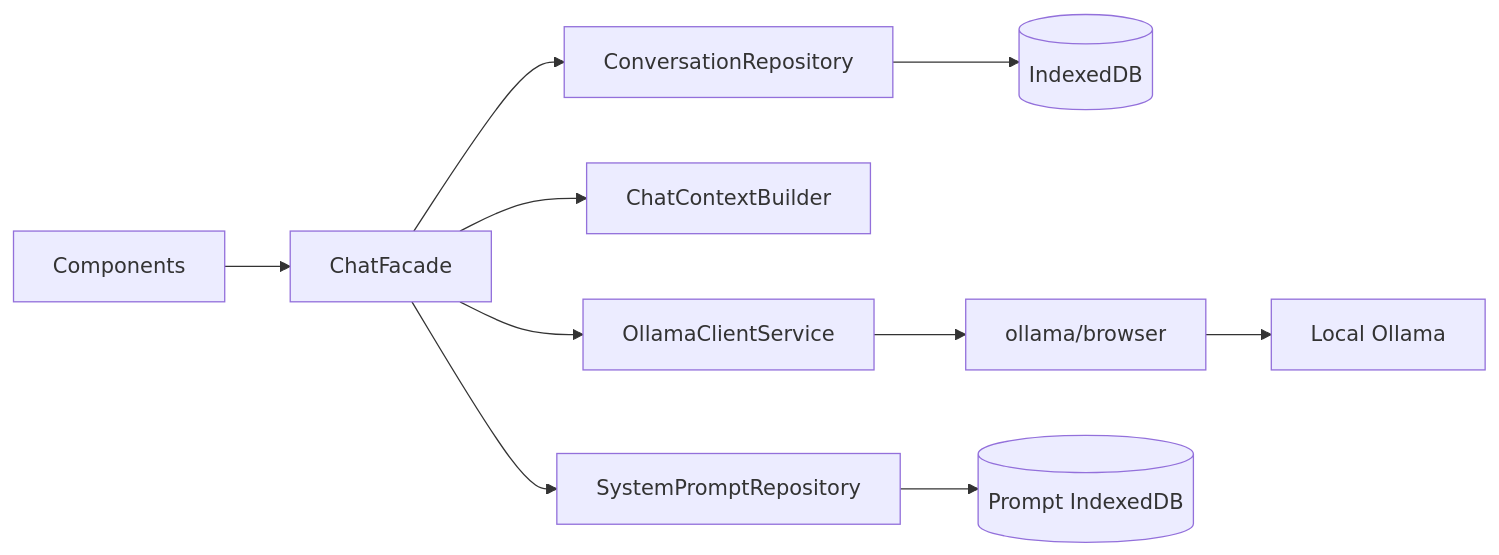
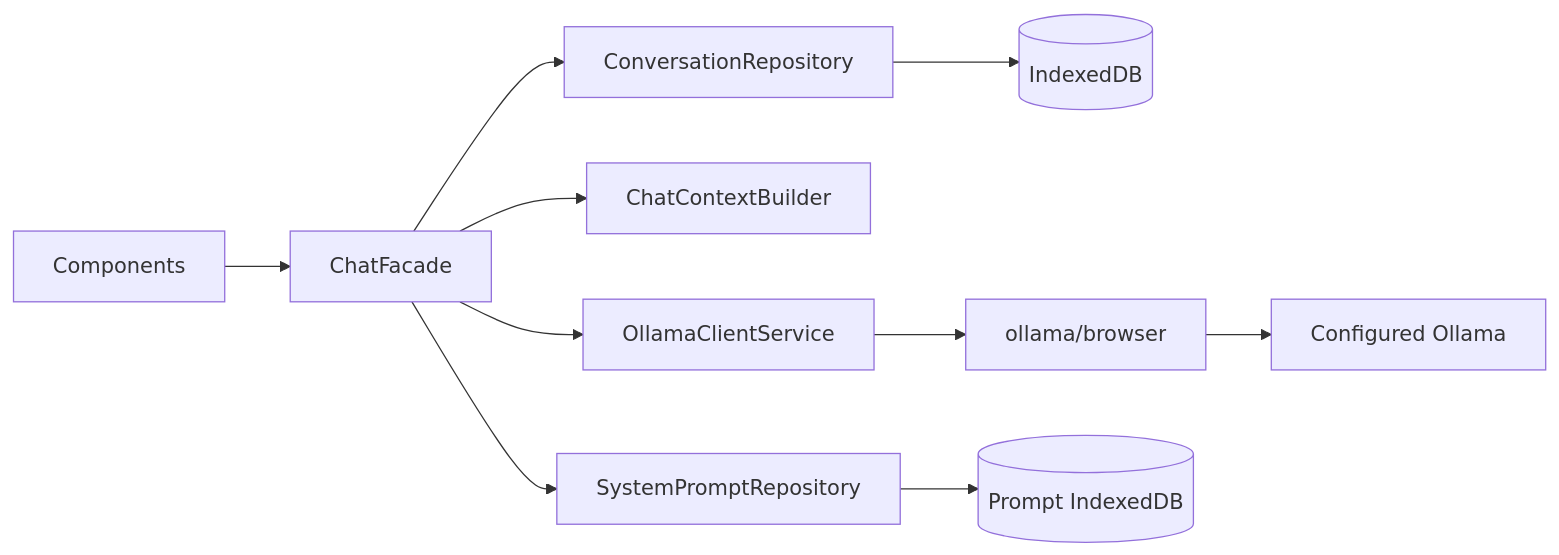
One commit to kereszteszsolt/local-nook-ai changed the second of 2 diagrams in docs/architecture.md. Above: the diagram before and after it, drawn with Mermaid. The commit also changed other lines of this file and 8 other files, not shown here.

````diff
--- a/docs/architecture.md
+++ b/docs/architecture.md
@@ -57,12 +63,12 @@
 ```mermaid
 flowchart LR
     UI[Components] --> F[ChatFacade]
     F --> CR[ConversationRepository]
     CR --> DB[(IndexedDB)]
     F --> CB[ChatContextBuilder]
     F --> OC[OllamaClientService]
     OC --> SDK[ollama/browser]
-    SDK --> O[Local Ollama]
+    SDK --> O[Configured Ollama]
     F --> PR[SystemPromptRepository]
     PR --> PDB[(Prompt IndexedDB)]
 ```
````
